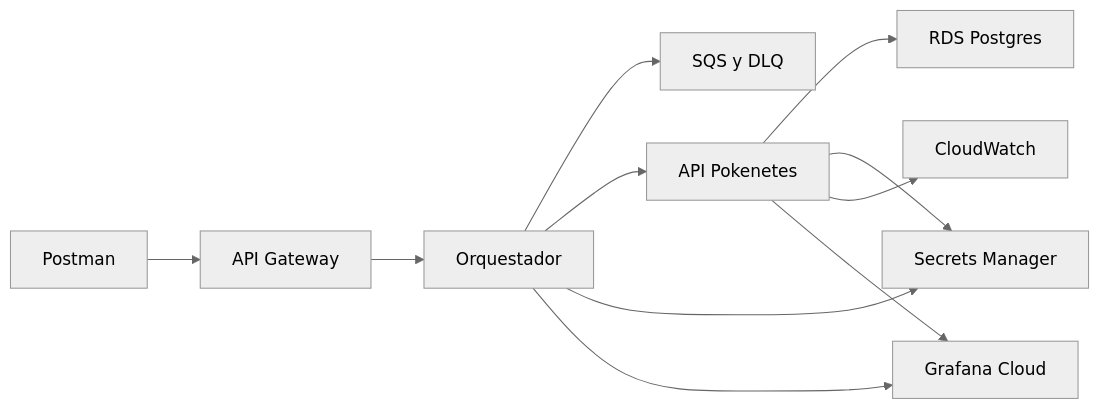
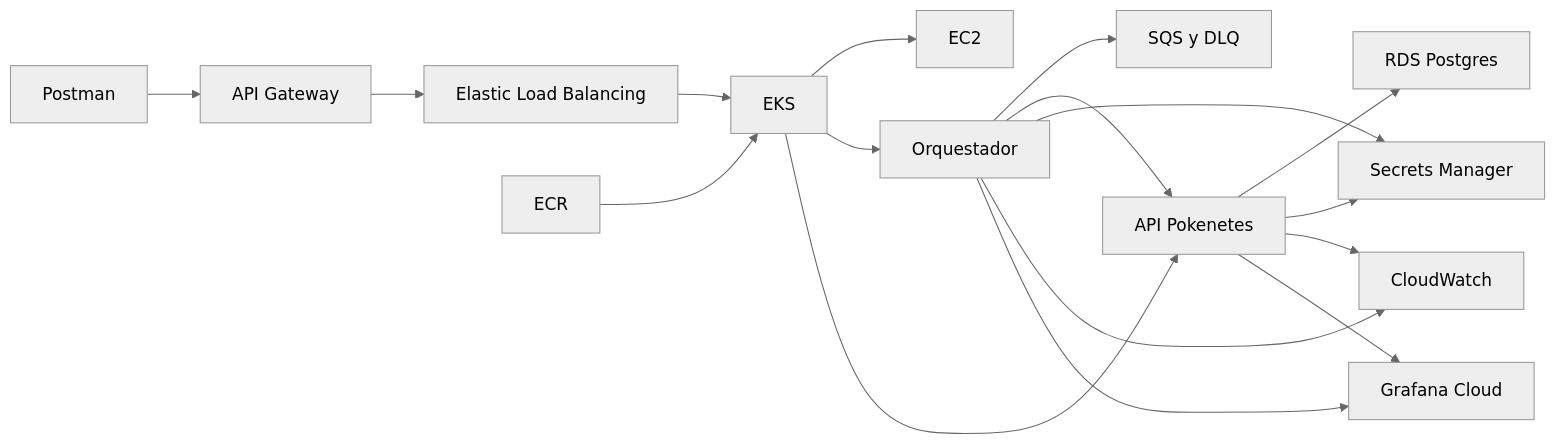
The diagram in README.md (Enedev/Pokenetes-API), drawn with Mermaid (neutral theme) before and after one commit. The commit also changed other lines of this file and 2 other files, not shown here.

````diff
--- a/README.md
+++ b/README.md
@@ -22,13 +22,19 @@
 ```mermaid
 flowchart LR
-    postman[Postman] --> gateway[API Gateway]
-    gateway --> orchestrator[Orquestador]
-    orchestrator --> queue[SQS y DLQ]
-    orchestrator --> api[API Pokenetes]
+    postman[Postman] --> apigw[API Gateway]
+    apigw --> elb[Elastic Load Balancing]
+    ecr[ECR] --> eks[EKS]
+    elb --> eks
+    eks --> ec2[EC2]
+    eks --> orchestrator[Orquestador]
+    eks --> api[API Pokenetes]
+    orchestrator --> sqs[SQS y DLQ]
+    orchestrator --> api
     api --> rds[RDS Postgres]
     api --> secrets[Secrets Manager]
     orchestrator --> secrets
-    api --> logs[CloudWatch]
+    api --> cloudwatch[CloudWatch]
+    orchestrator --> cloudwatch
     orchestrator --> grafana[Grafana Cloud]
     api --> grafana
 ```
````
